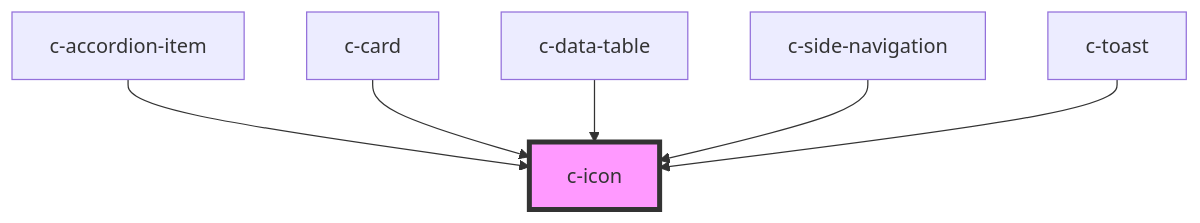
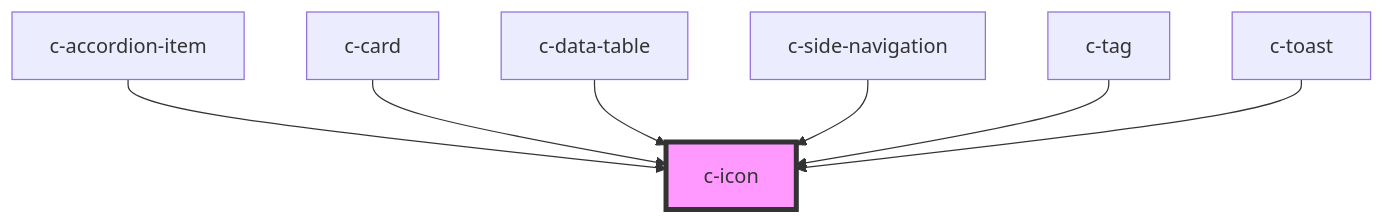
One commit to CSCfi/ui changed the diagram in packages/csc-ui/src/components/c-icon/readme.md. Above: the diagram before and after it, drawn with Mermaid. The commit also changed other lines of this file and 23 other files, not shown here.

````diff
--- a/packages/csc-ui/src/components/c-icon/readme.md
+++ b/packages/csc-ui/src/components/c-icon/readme.md
@@ -28,9 +29,10 @@
 ```mermaid
 graph TD;
   c-accordion-item --> c-icon
   c-card --> c-icon
   c-data-table --> c-icon
   c-side-navigation --> c-icon
+  c-tag --> c-icon
   c-toast --> c-icon
   style c-icon fill:#f9f,stroke:#333,stroke-width:4px
 ```
````
